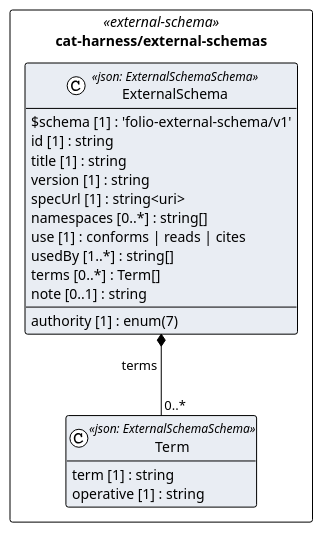
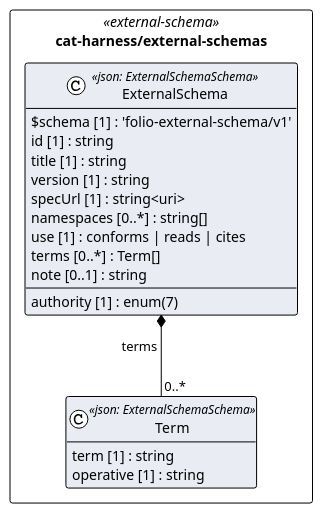
One commit to litlfred/folio-assistant changed the diagram in cat-harness/uml/overview/cat-harness/external-schemas.puml. Above: the diagram before and after it, drawn with PlantUML. The commit also changed 54 other files, not shown here.

```diff
--- a/cat-harness/uml/overview/cat-harness/external-schemas.puml
+++ b/cat-harness/uml/overview/cat-harness/external-schemas.puml
@@ -3,30 +3,29 @@
 @startuml cat_harness_external_schemas
 !pragma layout elk
 !theme plain
 skinparam classAttributeIconSize 0
 skinparam shadowing false
 skinparam packageStyle rectangle
 hide empty methods
 
 package "cat-harness/external-schemas" as pkg_cat_harness_external_schemas <<external-schema>> {
   class "Term" as cat_harness_external_schemas_Term <<json: ExternalSchemaSchema>> #e9edf3 {
     term [1] : string
     operative [1] : string
   }
   class "ExternalSchema" as cat_harness_external_schemas_ExternalSchema <<json: ExternalSchemaSchema>> #e9edf3 {
     $schema [1] : 'folio-external-schema/v1'
     id [1] : string
     authority [1] : enum(7)
     title [1] : string
     version [1] : string
     specUrl [1] : string<uri>
     namespaces [0..*] : string[]
     use [1] : conforms | reads | cites
-    usedBy [1..*] : string[]
     terms [0..*] : Term[]
     note [0..1] : string
   }
 }
 
 cat_harness_external_schemas_ExternalSchema *-- "0..*" cat_harness_external_schemas_Term : terms
 @enduml
```
